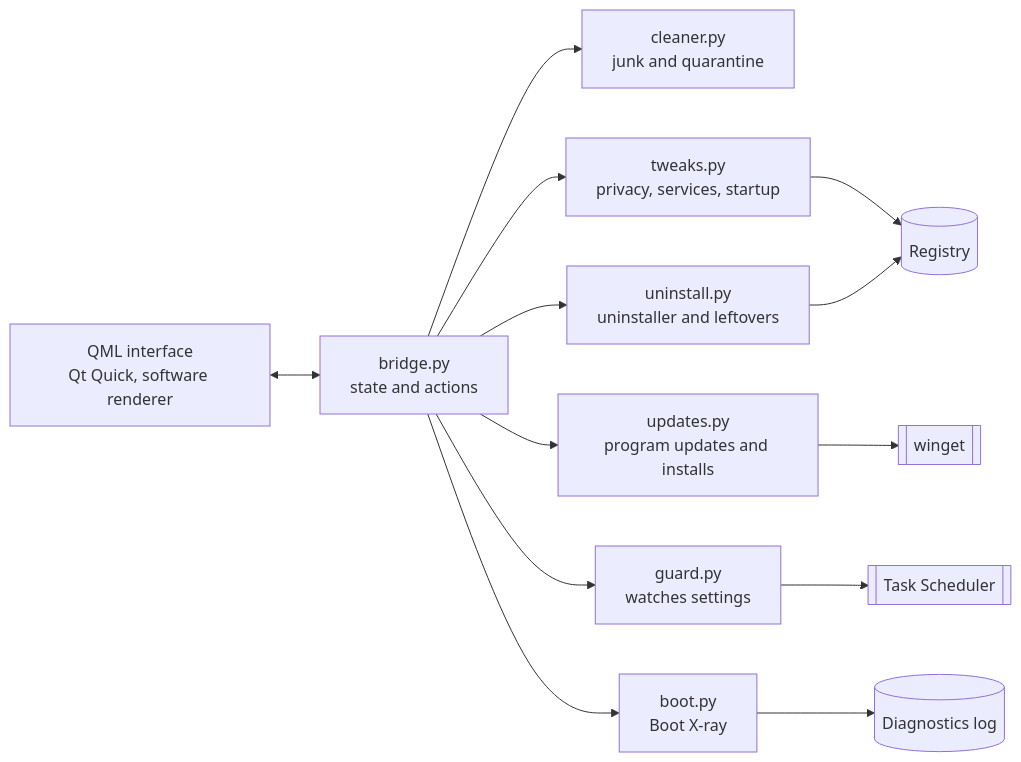
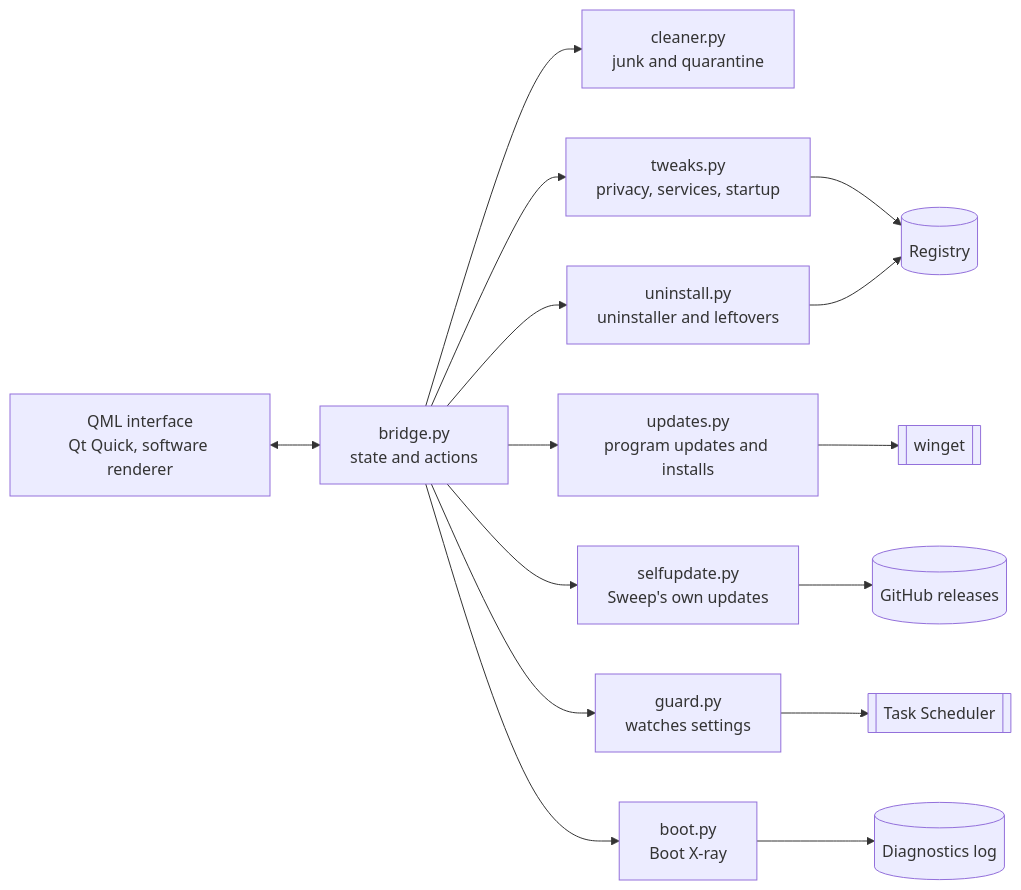
One commit to drakedog-dev/sweep changed the diagram in README.md. Above: the diagram before and after it, drawn with Mermaid. The commit also changed other lines of this file and 1 other file, not shown here.

First line of the commit message:
README: Sweep's own updates, tray and window, winget retries and honest errors, Kaspersky network blocks, new FAQ

````diff
--- a/README.md
+++ b/README.md
@@ -188,15 +201,17 @@
 ```mermaid
 flowchart LR
     UI["QML interface<br/>Qt Quick, software renderer"] <--> B["bridge.py<br/>state and actions"]
     B --> C["cleaner.py<br/>junk and quarantine"]
     B --> T["tweaks.py<br/>privacy, services, startup"]
     B --> U["uninstall.py<br/>uninstaller and leftovers"]
     B --> W["updates.py<br/>program updates and installs"]
+    B --> S["selfupdate.py<br/>Sweep's own updates"]
     B --> G["guard.py<br/>watches settings"]
     B --> X["boot.py<br/>Boot X-ray"]
     T --> R[("Registry")]
     U --> R
     W --> WG[["winget"]]
+    S --> GH[("GitHub releases")]
     G --> TS[["Task Scheduler"]]
     X --> EV[("Diagnostics log")]
 ```
````
